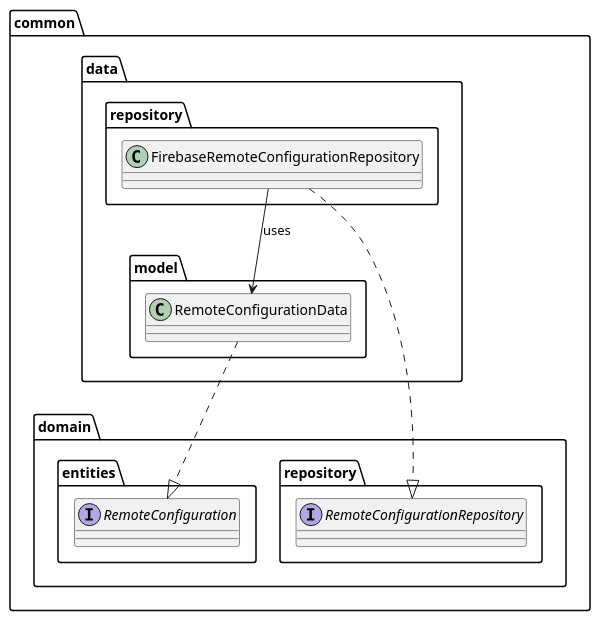
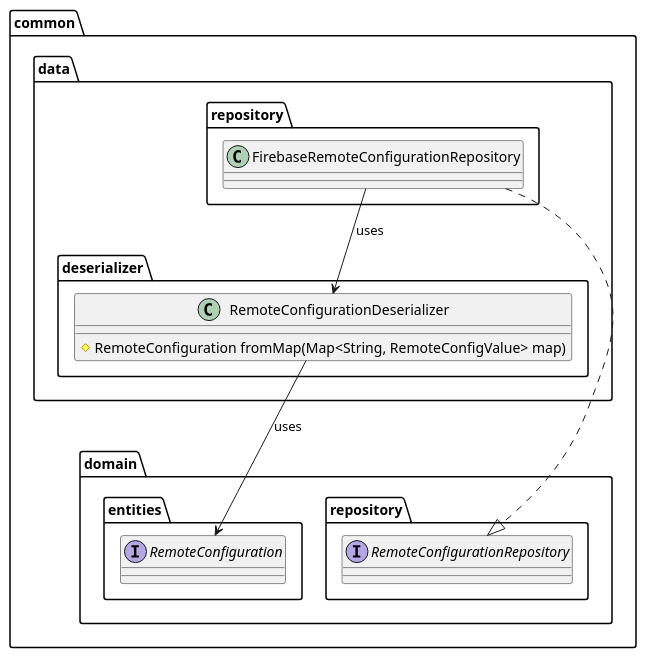
Before and after one commit to Flank/flank-dashboard: the diagram in metrics/web/docs/features/remote_config/diagrams/remote_config_data_layer_class_diagram.puml, drawn with PlantUML. The commit also changed 3 other files, not shown here.

Commit message:
Add usecases, add params, fix namings, update sequence

```diff
--- a/metrics/web/docs/features/remote_config/diagrams/remote_config_data_layer_class_diagram.puml
+++ b/metrics/web/docs/features/remote_config/diagrams/remote_config_data_layer_class_diagram.puml
@@ -1,26 +1,28 @@
 @startuml remote_config_data_layer_class_diagram
 
 package common.domain.repository {
     interface RemoteConfigurationRepository {}
 }
 
 package common.domain.entities {
     interface RemoteConfiguration {}
 }
 
 package common.data {
     package repository {
         class FirebaseRemoteConfigurationRepository {}
     }
 
-    package model {
-        class RemoteConfigurationData {}
+    package deserializer {
+        class RemoteConfigurationDeserializer {
+            # RemoteConfiguration fromMap(Map<String, RemoteConfigValue> map)
+        }
     }
 }
 
 FirebaseRemoteConfigurationRepository ..|> RemoteConfigurationRepository
-FirebaseRemoteConfigurationRepository --> RemoteConfigurationData : uses
+FirebaseRemoteConfigurationRepository --> RemoteConfigurationDeserializer : uses
 
-RemoteConfigurationData ..|> RemoteConfiguration
+RemoteConfigurationDeserializer --> RemoteConfiguration : uses
 
 @enduml
```
